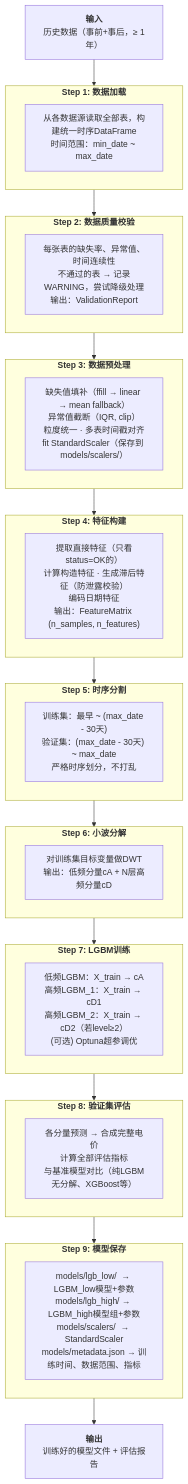
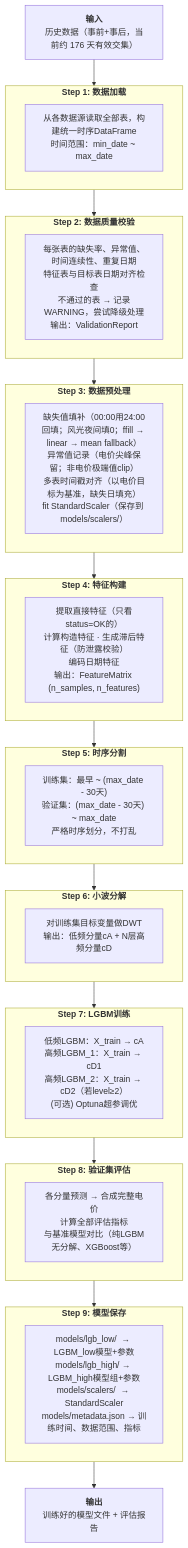
Before and after one commit to JackyZYz/electricity-price-prediction-lgbm: the fourth of 6 diagrams in 详细设计方案_用户侧日前出清电价预测.md, drawn with Mermaid. The commit also changed other lines of this file and 85 other files, not shown here.

````diff
--- a/详细设计方案_用户侧日前出清电价预测.md
+++ b/详细设计方案_用户侧日前出清电价预测.md
@@ -1425,59 +1540,59 @@
 ```mermaid
 flowchart TB
-    input["<b>输入</b><br/>历史数据（事前+事后，≥ 1年）"] --> s1
+    input["<b>输入</b><br/>历史数据（事前+事后，当前约 176 天有效交集）"] --> s1
 
     subgraph s1["<b>Step 1: 数据加载</b>"]
         s1d["从各数据源读取全部表，构建统一时序DataFrame<br/>时间范围：min_date ~ max_date"]
     end
 
     s1 --> s2
 
     subgraph s2["<b>Step 2: 数据质量校验</b>"]
-        s2d["每张表的缺失率、异常值、时间连续性<br/>不通过的表 → 记录WARNING，尝试降级处理<br/>输出：ValidationReport"]
+        s2d["每张表的缺失率、异常值、时间连续性、重复日期<br/>特征表与目标表日期对齐检查<br/>不通过的表 → 记录WARNING，尝试降级处理<br/>输出：ValidationReport"]
     end
 
     s2 --> s3
 
     subgraph s3["<b>Step 3: 数据预处理</b>"]
-        s3d["缺失值填补（ffill → linear → mean fallback）<br/>异常值截断（IQR, clip）<br/>粒度统一 · 多表时间戳对齐<br/>fit StandardScaler（保存到 models/scalers/）"]
+        s3d["缺失值填补（00:00用24:00回填；风光夜间填0；ffill → linear → mean fallback）<br/>异常值记录（电价尖峰保留；非电价极端值clip）<br/>多表时间戳对齐（以电价目标为基准，缺失日填充）<br/>fit StandardScaler（保存到 models/scalers/）"]
     end
 
     s3 --> s4
 
     subgraph s4["<b>Step 4: 特征构建</b>"]
         s4d["提取直接特征（只看status=OK的）<br/>计算构造特征 · 生成滞后特征（防泄露校验）<br/>编码日期特征<br/>输出：FeatureMatrix (n_samples, n_features)"]
     end
 
     s4 --> s5
 
     subgraph s5["<b>Step 5: 时序分割</b>"]
         s5d["训练集：最早 ~ (max_date - 30天)<br/>验证集：(max_date - 30天) ~ max_date<br/>严格时序划分，不打乱"]
     end
 
     s5 --> s6
 
     subgraph s6["<b>Step 6: 小波分解</b>"]
         s6d["对训练集目标变量做DWT<br/>输出：低频分量cA + N层高频分量cD"]
     end
 
     s6 --> s7
 
     subgraph s7["<b>Step 7: LGBM训练</b>"]
         s7d["低频LGBM：X_train → cA<br/>高频LGBM_1：X_train → cD1<br/>高频LGBM_2：X_train → cD2（若level≥2）<br/>(可选) Optuna超参调优"]
     end
 
     s7 --> s8
 
     subgraph s8["<b>Step 8: 验证集评估</b>"]
         s8d["各分量预测 → 合成完整电价<br/>计算全部评估指标<br/>与基准模型对比（纯LGBM无分解、XGBoost等）"]
     end
 
     s8 --> s9
 
     subgraph s9["<b>Step 9: 模型保存</b>"]
         s9d["models/lgb_low/  → LGBM_low模型+参数<br/>models/lgb_high/ → LGBM_high模型组+参数<br/>models/scalers/  → StandardScaler<br/>models/metadata.json → 训练时间、数据范围、指标"]
     end
 
     s9 --> output
     output["<b>输出</b><br/>训练好的模型文件 + 评估报告"]
 ```
````
